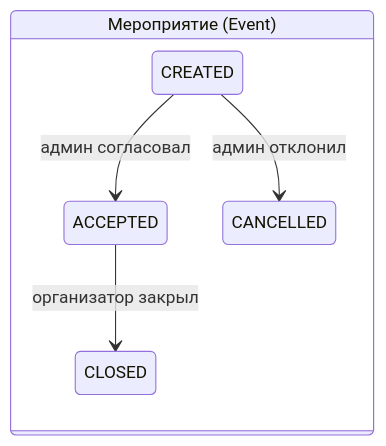
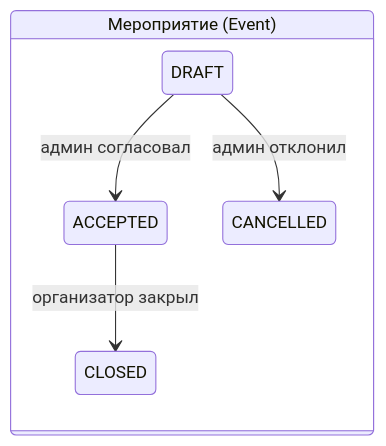
The second of 4 diagrams in README.md (c1nqe/VolontiersDSTU), drawn with Mermaid before and after one commit. The commit also changed other lines of this file and 57 other files, not shown here.

````diff
--- a/README.md
+++ b/README.md
@@ -138,9 +154,9 @@
 ```mermaid
 stateDiagram-v2
   direction LR
   state "Мероприятие (Event)" as E {
-    CREATED --> ACCEPTED: админ согласовал
-    CREATED --> CANCELLED: админ отклонил
+    DRAFT --> ACCEPTED: админ согласовал
+    DRAFT --> CANCELLED: админ отклонил
     ACCEPTED --> CLOSED: организатор закрыл
   }
 ```
````
